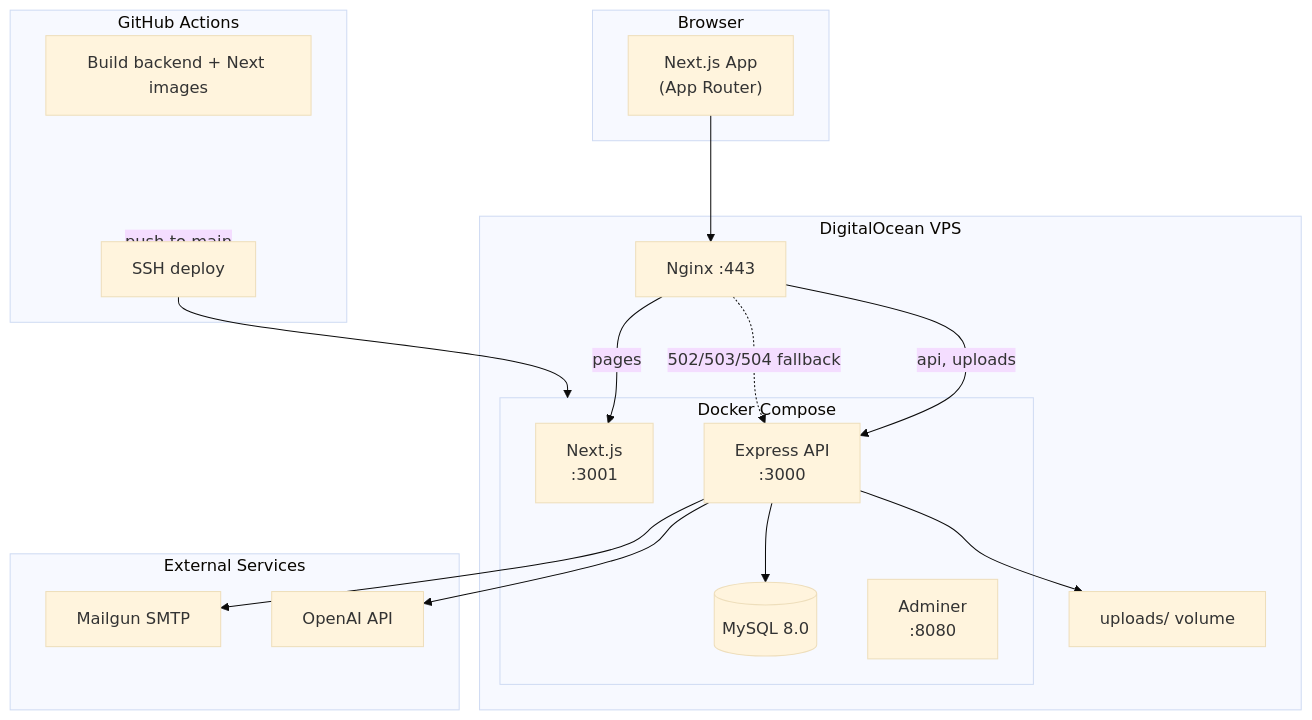
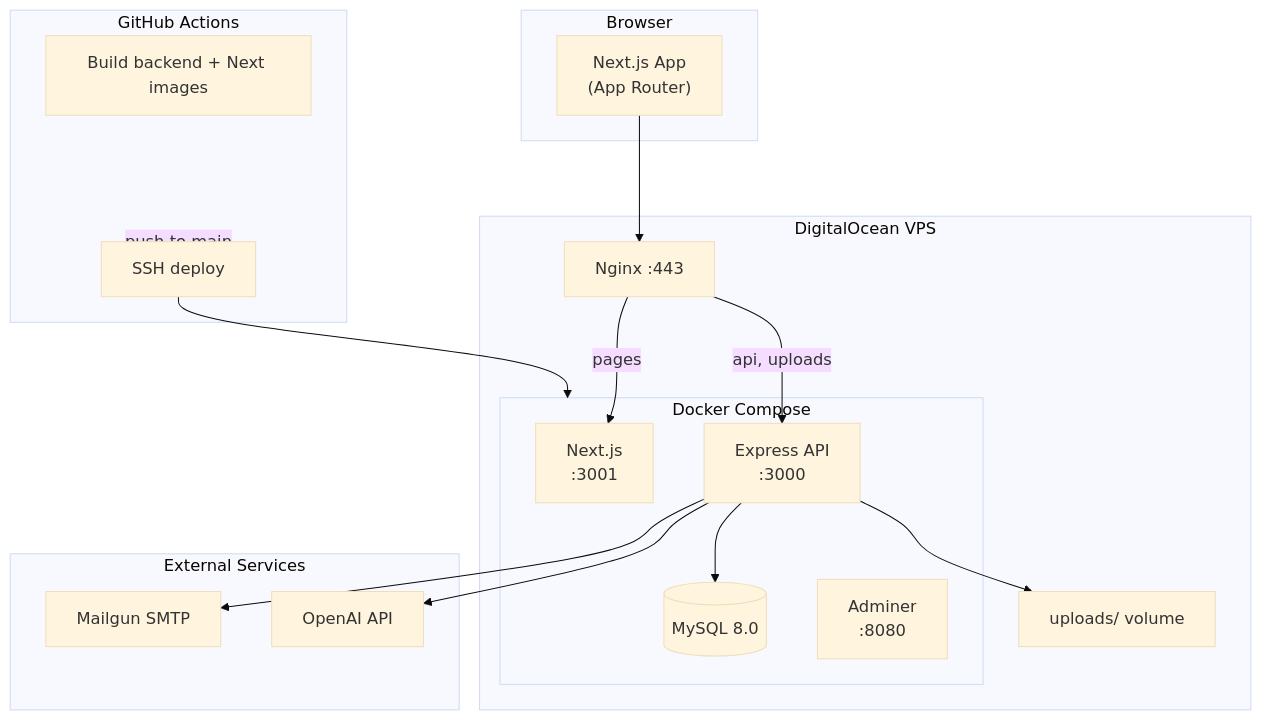
One commit to Vitomirov/warranty-wallet changed the diagram in README.md. Above: the diagram before and after it, drawn with Mermaid (base theme). The commit also changed other lines of this file and 10 other files, not shown here.

````diff
--- a/README.md
+++ b/README.md
@@ -52,38 +52,37 @@
 ```mermaid
 flowchart TB
     subgraph Client["Browser"]
         NEXT["Next.js App<br/>(App Router)"]
     end
 
     subgraph VPS["DigitalOcean VPS"]
         NGINX["Nginx :443"]
         subgraph Docker["Docker Compose"]
             NX["Next.js<br/>:3001"]
             BE["Express API<br/>:3000"]
             DB[("MySQL 8.0")]
             AD["Adminer<br/>:8080"]
         end
         UP["uploads/ volume"]
     end
 
     subgraph External["External Services"]
         MG["Mailgun SMTP"]
         OAI["OpenAI API"]
     end
 
     subgraph CI["GitHub Actions"]
         BUILD["Build backend + Next images"]
         SSH["SSH deploy"]
     end
 
     NEXT --> NGINX
     NGINX -->|pages| NX
     NGINX -->|api, uploads| BE
-    NGINX -.->|502/503/504 fallback| BE
     BE --> DB
     BE --> UP
     BE --> MG
     BE --> OAI
     CI -->|push to main| SSH
     SSH --> Docker
 ```
````
